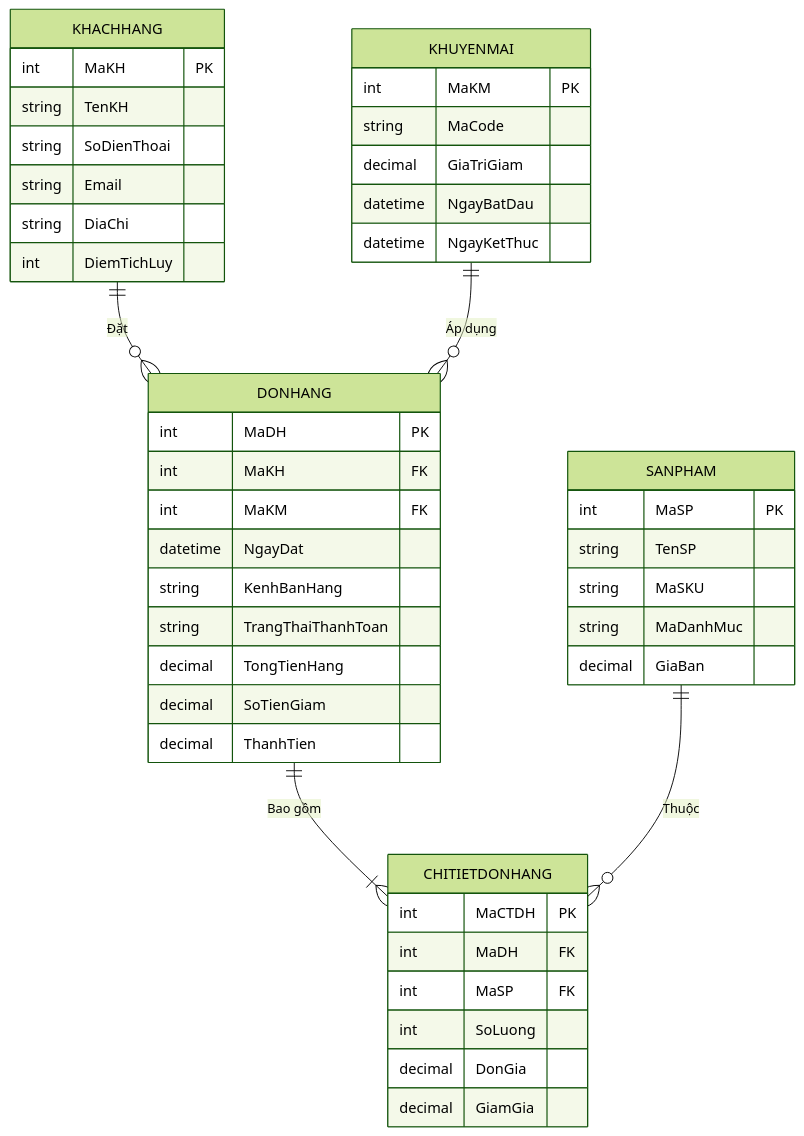
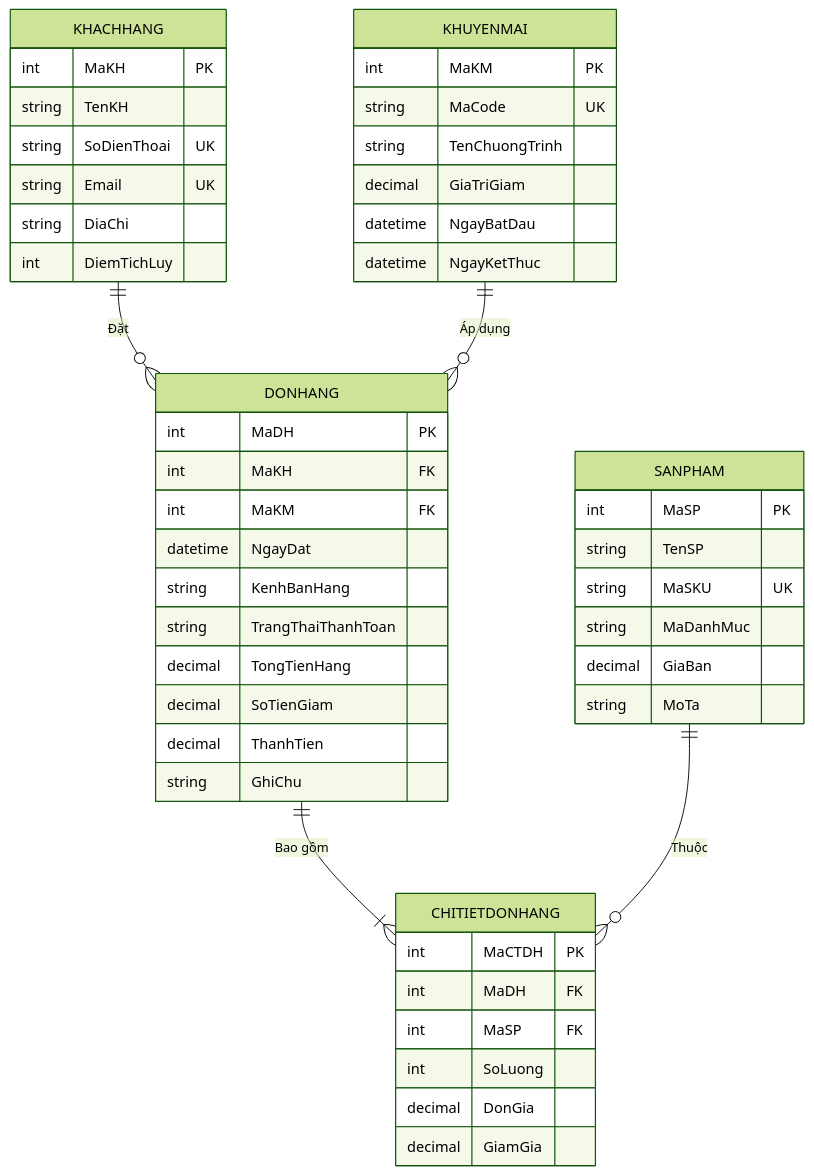
One commit to ddinhvinh/BTL_QuanLyBanHang changed the diagram in README.md. Above: the diagram before and after it, drawn with Mermaid (forest theme). The commit also changed other lines of this file and 5 other files, not shown here.

````diff
--- a/README.md
+++ b/README.md
@@ -11,49 +58,52 @@
 ```mermaid
 erDiagram
     KHACHHANG ||--o{ DONHANG : "Đặt"
     KHUYENMAI ||--o{ DONHANG : "Áp dụng"
     DONHANG ||--|{ CHITIETDONHANG : "Bao gồm"
     SANPHAM ||--o{ CHITIETDONHANG : "Thuộc"
 
     KHACHHANG {
         int MaKH PK
         string TenKH
-        string SoDienThoai
-        string Email
+        string SoDienThoai UK
+        string Email UK
         string DiaChi
         int DiemTichLuy
     }
     SANPHAM {
         int MaSP PK
         string TenSP
-        string MaSKU
+        string MaSKU UK
         string MaDanhMuc
         decimal GiaBan
+        string MoTa
     }
     KHUYENMAI {
         int MaKM PK
-        string MaCode
+        string MaCode UK
+        string TenChuongTrinh
         decimal GiaTriGiam
         datetime NgayBatDau
         datetime NgayKetThuc
     }
     DONHANG {
         int MaDH PK
         int MaKH FK
         int MaKM FK
         datetime NgayDat
         string KenhBanHang
         string TrangThaiThanhToan
         decimal TongTienHang
         decimal SoTienGiam
         decimal ThanhTien
+        string GhiChu
     }
     CHITIETDONHANG {
         int MaCTDH PK
         int MaDH FK
         int MaSP FK
         int SoLuong
         decimal DonGia
         decimal GiamGia
     }
 ```
````
